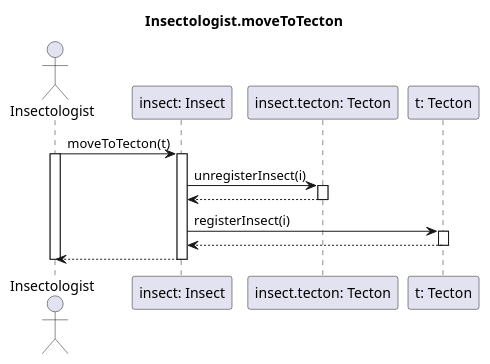
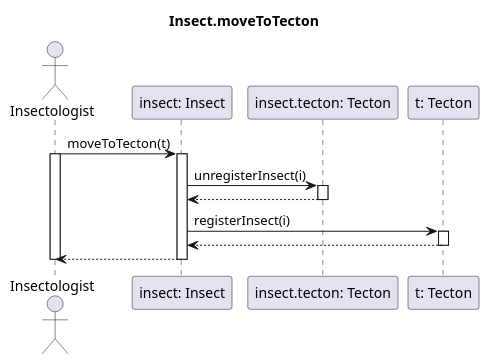
Before and after one commit to dzsem/projlab: the diagram in diagrams/sequence/use_cases/moveToTecton.plantuml, drawn with PlantUML. The commit also changed 25 other files, not shown here.

Commit message:
Exported and fixed diagrams

```diff
--- a/diagrams/sequence/use_cases/moveToTecton.plantuml
+++ b/diagrams/sequence/use_cases/moveToTecton.plantuml
@@ -1,31 +1,31 @@
 @startuml Insectologist.moveToTecton
 
-title Insectologist.moveToTecton
+title Insect.moveToTecton
 
 actor "Insectologist" as ins
 participant "insect: Insect" as i
 participant "insect.tecton: Tecton" as it
 participant "t: Tecton" as t
 
 ins -> i: moveToTecton(t)
 activate ins
 activate i
 
 i -> it: unregisterInsect(i)
 activate it
 
 i <-- it
 deactivate it
 
 i -> t: registerInsect(i)
 activate t
 
 i <-- t
 deactivate t
 
 ins <-- i
 deactivate i
 
 deactivate ins
 
 @enduml
```
